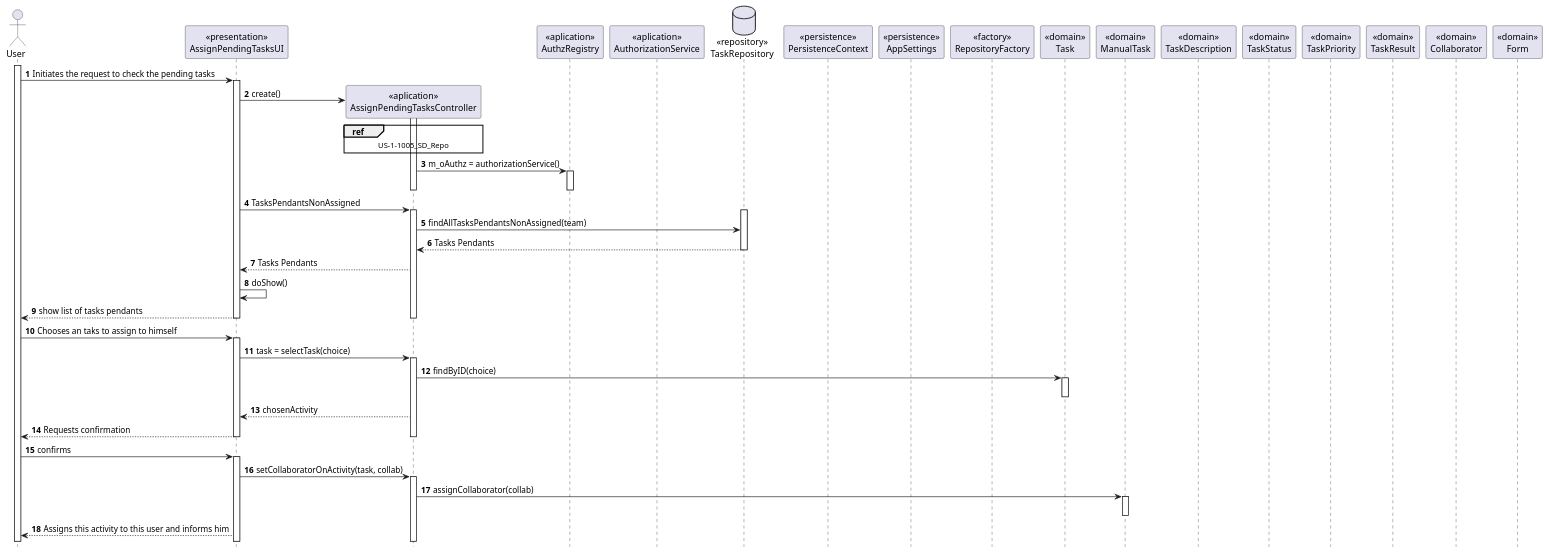
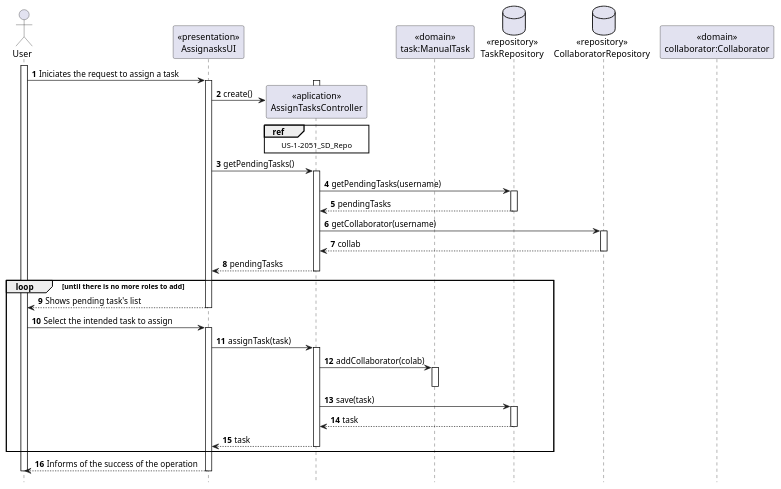
Before and after one commit to tiagoavcosta25/LAPR4: the diagram in doc/engenharia/SprintC/1190424/US1-1005/US-2-1005_SD_.puml, drawn with PlantUML. The commit also changed 7 other files, not shown here.

```diff
--- a/doc/engenharia/SprintC/1190424/US1-1005/US-2-1005_SD_.puml
+++ b/doc/engenharia/SprintC/1190424/US1-1005/US-2-1005_SD_.puml
@@ -3,75 +1,71 @@
 @startuml
 autonumber
 hide footbox
 
-actor "User" as USER
+actor "User" as U
 
-participant "<<presentation>>\nAssignPendingTasksUI" as UI
-participant "<<aplication>>\nAssignPendingTasksController" as CTRL
-participant "<<aplication>>\nAuthzRegistry" as AUTHR
-participant "<<aplication>>\nAuthorizationService" as AUTH
+participant "<<presentation>>\nAssignasksUI" as UI
+participant "<<aplication>>\nAssignTasksController" as CTRL
+participant "<<domain>>\ntask:ManualTask" as MT
 database "<<repository>>\nTaskRepository" as TR
-participant "<<persistence>>\nPersistenceContext"
-participant "<<persistence>>\nAppSettings"
-participant "<<factory>>\nRepositoryFactory"
-participant "<<domain>>\nTask" as T
-participant "<<domain>>\nManualTask" as MT
-participant "<<domain>>\nTaskDescription"
-participant "<<domain>>\nTaskStatus"
-participant "<<domain>>\nTaskPriority"
-participant "<<domain>>\nTaskResult"
-participant "<<domain>>\nCollaborator"
-participant "<<domain>>\nForm"
+database "<<repository>>\nCollaboratorRepository" as CR
+participant "<<domain>>\ncollaborator:Collaborator" as COLLAB
 
-activate USER
-USER -> UI : Initiates the request to check the pending tasks
+activate U
 
+U-> UI : Iniciates the request to assign a task
 activate UI
-UI -> CTRL** : create()
 
 activate CTRL
+UI-> CTRL** : create()
 ref over CTRL
-US-1-1005_SD_Repo
+US-1-2051_SD_Repo
 end ref
+deactivate CTRL
 
-CTRL -> AUTHR : m_oAuthz = authorizationService()
-activate AUTHR
+UI-> CTRL : getPendingTasks()
+activate CTRL
+
+CTRL-> TR : getPendingTasks(username)
+activate TR
+
+TR--> CTRL : pendingTasks
+deactivate TR
+
+CTRL-> CR : getCollaborator(username)
+activate CR
+CR--> CTRL : collab
+deactivate CR
+
+CTRL--> UI : pendingTasks
 deactivate CTRL
-deactivate AUTHR
 
-UI -> CTRL :TasksPendantsNonAssigned
+loop until there is no more roles to add
+UI --> U: Shows pending task's list
+deactivate UI
+
+U-> UI : Select the intended task to assign
+activate UI
+
+UI-> CTRL : assignTask(task)
 activate CTRL
+
+CTRL-> MT : addCollaborator(colab)
+activate MT
+deactivate MT
+
+CTRL-> TR : save(task)
 activate TR
-CTRL -> TR :findAllTasksPendantsNonAssigned(team)
 
-TR -->CTRL: Tasks Pendants
+TR --> CTRL : task
 deactivate TR
-CTRL -->UI : Tasks Pendants
 
-UI -> UI: doShow()
+CTRL--> UI : task
+deactivate CTRL
+end
 
-UI --> USER: show list of tasks pendants
-deactivate CTRL
+UI --> U: Informs of the success of the operation
 deactivate UI
-USER->UI: Chooses an taks to assign to himself
-activate UI
-UI -> CTRL: task = selectTask(choice)
-activate CTRL
-CTRL -> T:  findByID(choice)
-activate T
-deactivate T
-CTRL -->UI: chosenActivity
+deactivate U
 
-UI --> USER: Requests confirmation
-deactivate CTRL
-deactivate UI
-USER -> UI: confirms
-activate UI
- UI-> CTRL: setCollaboratorOnActivity(task, collab)
- activate CTRL
-  CTRL -> MT: assignCollaborator(collab)
- activate MT
- deactivate MT
- UI-->USER : Assigns this activity to this user and informs him
-
-@enduml
+@endumlml
```
